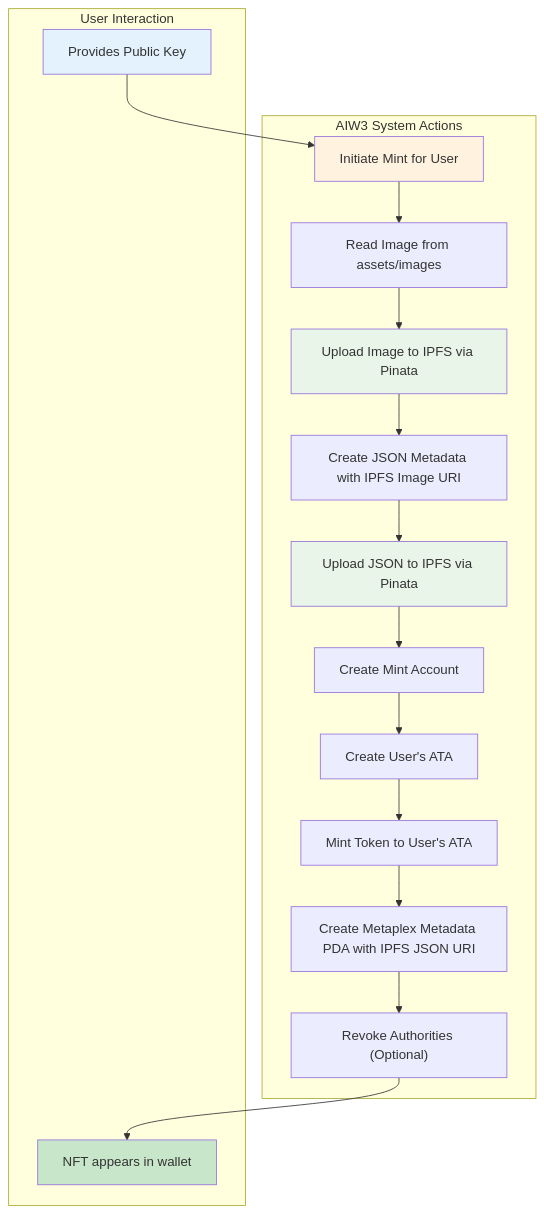
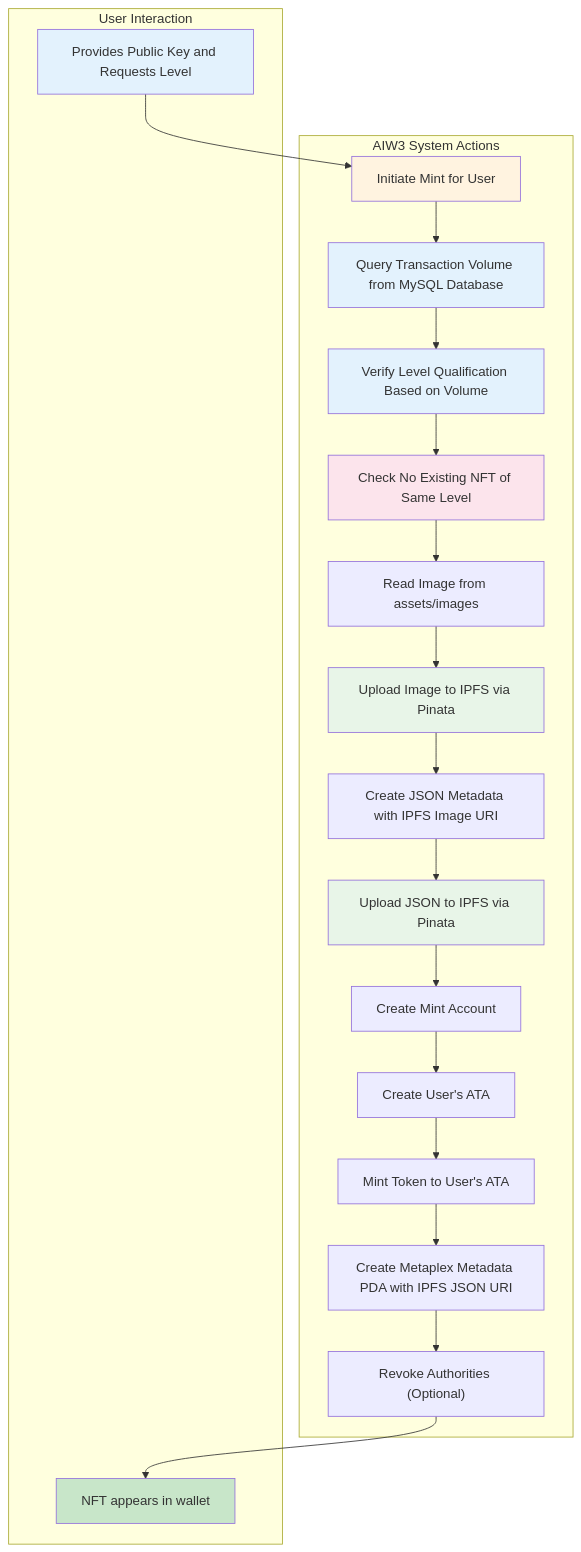
One commit to ljg-cqu/aiw3-nft-solana changed the third of 5 diagrams in docs/AIW3-NFT-System-Design.md. Above: the diagram before and after it, drawn with Mermaid. The commit also changed other lines of this file, not shown here.

Commit message:
docs: integrate transaction volume qualification into visual architecture and process flows

````diff
--- a/docs/AIW3-NFT-System-Design.md
+++ b/docs/AIW3-NFT-System-Design.md
@@ -246,28 +271,34 @@
 ```mermaid
 flowchart TD
     subgraph "AIW3 System Actions"
         A["Initiate Mint for User"]
-        B["Read Image from assets/images"]
-        C["Upload Image to IPFS via Pinata"]
-        D["Create JSON Metadata with IPFS Image URI"]
-        E["Upload JSON to IPFS via Pinata"]
-        F["Create Mint Account"]
-        G["Create User's ATA"]
-        H["Mint Token to User's ATA"]
-        I["Create Metaplex Metadata PDA with IPFS JSON URI"]
-        J["Revoke Authorities (Optional)"]
+        B["Query Transaction Volume from MySQL Database"]
+        C["Verify Level Qualification Based on Volume"]
+        D["Check No Existing NFT of Same Level"]
+        E["Read Image from assets/images"]
+        F["Upload Image to IPFS via Pinata"]
+        G["Create JSON Metadata with IPFS Image URI"]
+        H["Upload JSON to IPFS via Pinata"]
+        I["Create Mint Account"]
+        J["Create User's ATA"]
+        K["Mint Token to User's ATA"]
+        L["Create Metaplex Metadata PDA with IPFS JSON URI"]
+        M["Revoke Authorities (Optional)"]
     end
 
     subgraph "User Interaction"
-        K["Provides Public Key"]
-        L["NFT appears in wallet"]
+        N["Provides Public Key and Requests Level"]
+        O["NFT appears in wallet"]
     end
 
-    K --> A --> B --> C --> D --> E --> F --> G --> H --> I --> J --> L
+    N --> A --> B --> C --> D --> E --> F --> G --> H --> I --> J --> K --> L --> M --> O
 
     style A fill:#fff3e0
-    style K fill:#e3f2fd
-    style L fill:#c8e6c9
-    style C fill:#e8f5e8
-    style E fill:#e8f5e8
+    style B fill:#e3f2fd
+    style C fill:#e3f2fd
+    style D fill:#fce4ec
+    style N fill:#e3f2fd
+    style O fill:#c8e6c9
+    style F fill:#e8f5e8
+    style H fill:#e8f5e8
 ```
````
